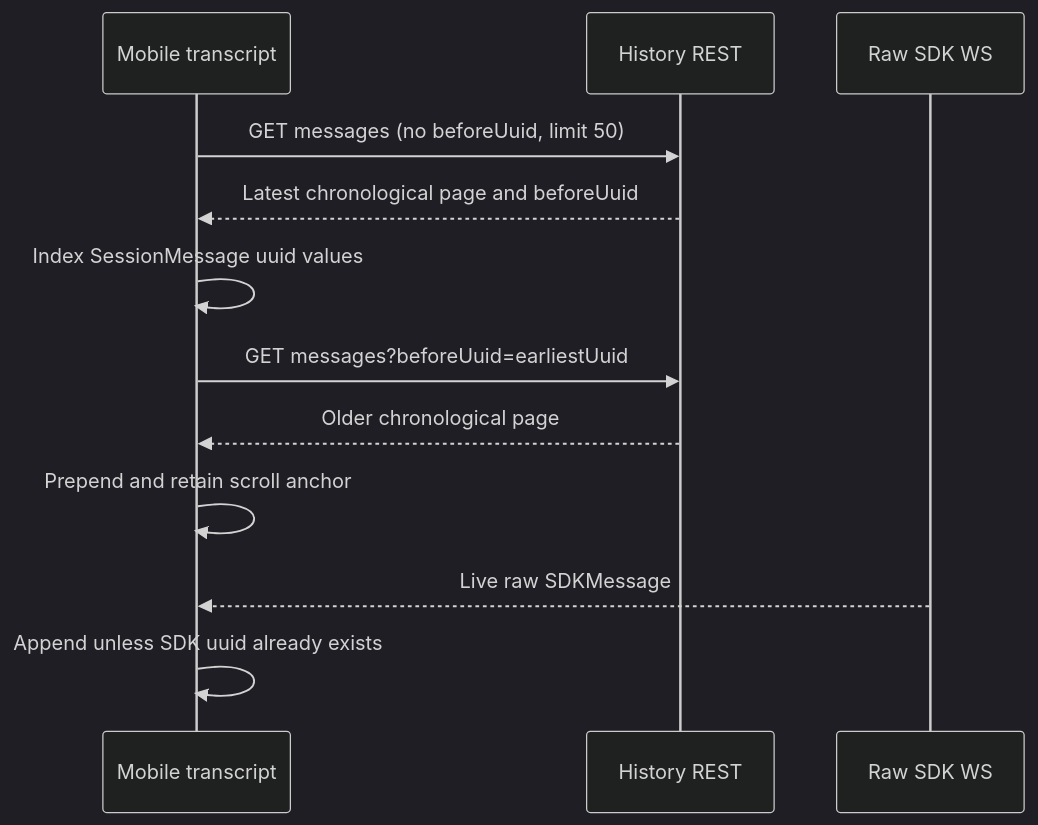
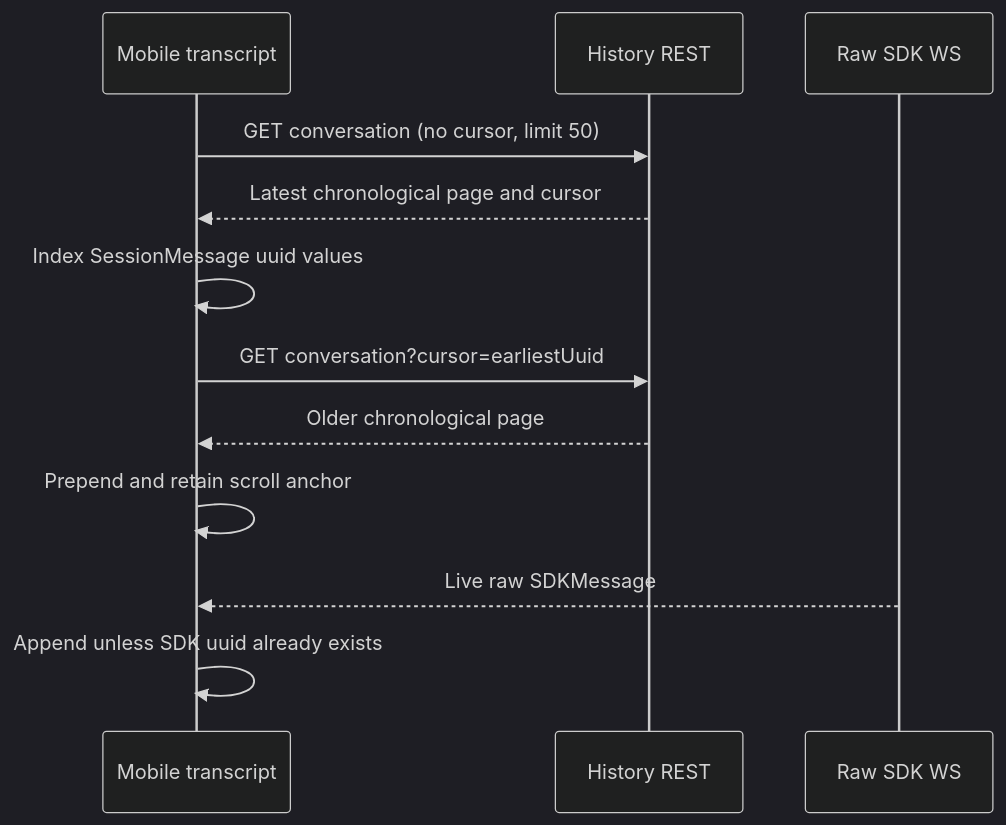
Before and after one commit to loomou/PocketPilot: the fifth of 10 diagrams in docs/mobile-integration-guide.en.md, drawn with Mermaid (dark theme). The commit also changed other lines of this file and 17 other files, not shown here.

````diff
--- a/docs/mobile-integration-guide.en.md
+++ b/docs/mobile-integration-guide.en.md
@@ -997,14 +1011,14 @@
 ```mermaid
 sequenceDiagram
     participant M as Mobile transcript
     participant R as History REST
     participant S as Raw SDK WS
-    M->>R: GET messages (no beforeUuid, limit 50)
-    R-->>M: Latest chronological page and beforeUuid
+    M->>R: GET conversation (no cursor, limit 50)
+    R-->>M: Latest chronological page and cursor
     M->>M: Index SessionMessage uuid values
-    M->>R: GET messages?beforeUuid=earliestUuid
+    M->>R: GET conversation?cursor=earliestUuid
     R-->>M: Older chronological page
     M->>M: Prepend and retain scroll anchor
     S-->>M: Live raw SDKMessage
     M->>M: Append unless SDK uuid already exists
 ```
````
